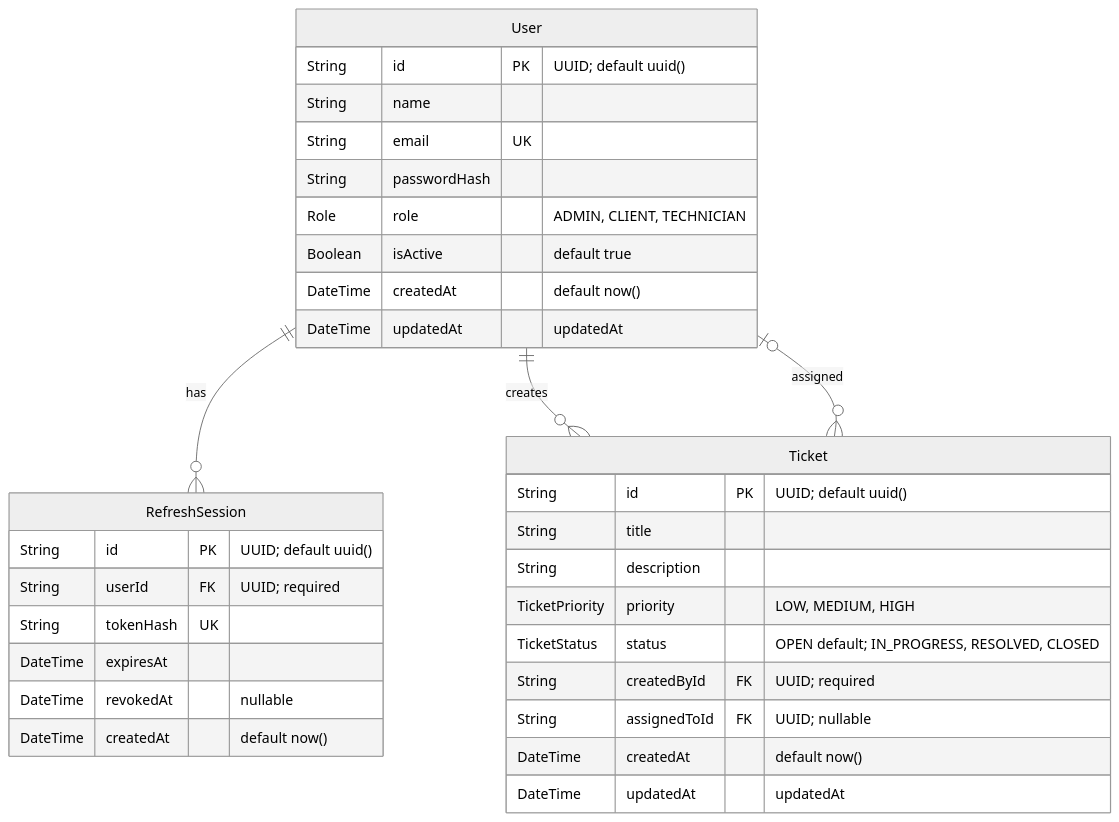
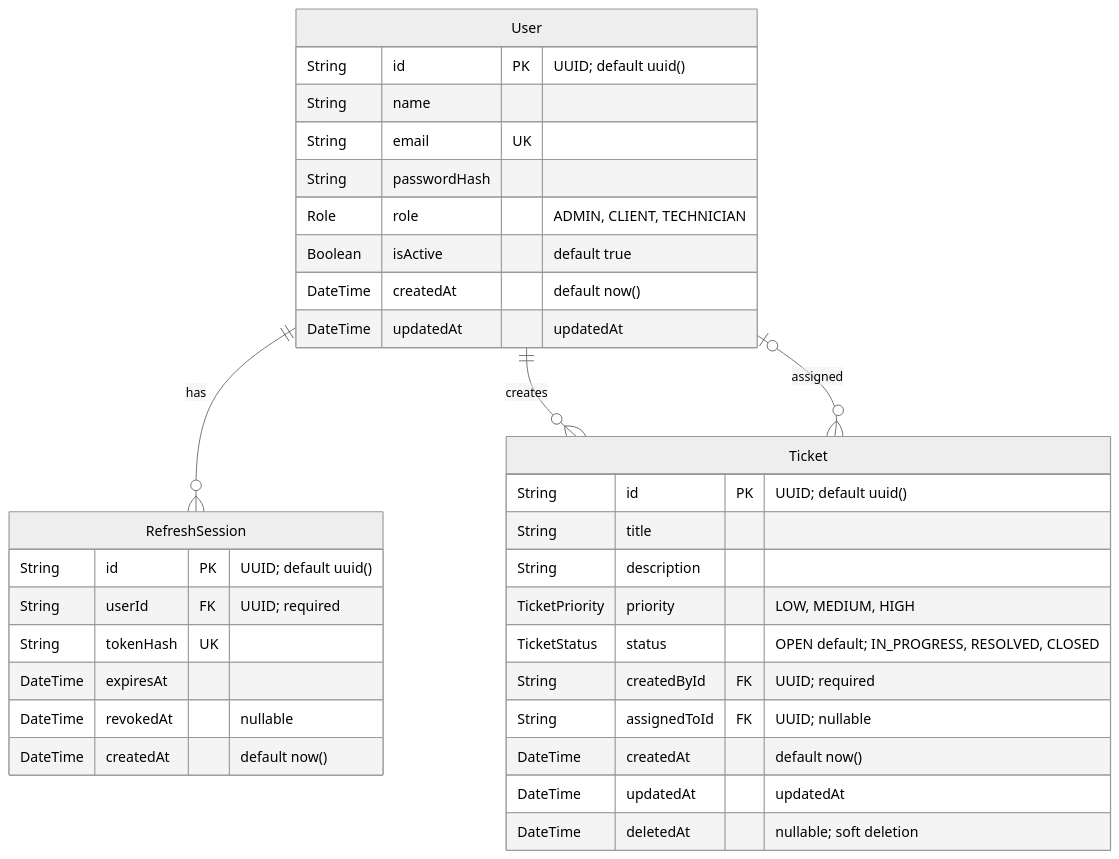
One commit to OzkrMonroy/support-ticket-system changed the second of 2 diagrams in docs/ARCHITECTURE.md. Above: the diagram before and after it, drawn with Mermaid (neutral theme). The commit also changed other lines of this file and 12 other files, not shown here.

Commit message:
feat(tickets): implement soft deletion and complete ticket CRUD

````diff
--- a/docs/ARCHITECTURE.md
+++ b/docs/ARCHITECTURE.md
@@ -41,35 +41,36 @@
 ```mermaid
 erDiagram
     User ||--o{ RefreshSession : has
     User ||--o{ Ticket : creates
     User |o--o{ Ticket : assigned
     Ticket {
         String id PK "UUID; default uuid()"
         String title
         String description
         TicketPriority priority "LOW, MEDIUM, HIGH"
         TicketStatus status "OPEN default; IN_PROGRESS, RESOLVED, CLOSED"
         String createdById FK "UUID; required"
         String assignedToId FK "UUID; nullable"
         DateTime createdAt "default now()"
         DateTime updatedAt "updatedAt"
+        DateTime deletedAt "nullable; soft deletion"
     }
     User {
         String id PK "UUID; default uuid()"
         String name
         String email UK
         String passwordHash
         Role role "ADMIN, CLIENT, TECHNICIAN"
         Boolean isActive "default true"
         DateTime createdAt "default now()"
         DateTime updatedAt "updatedAt"
     }
     RefreshSession {
         String id PK "UUID; default uuid()"
         String userId FK "UUID; required"
         String tokenHash UK
         DateTime expiresAt
         DateTime revokedAt "nullable"
         DateTime createdAt "default now()"
     }
 ```
````
